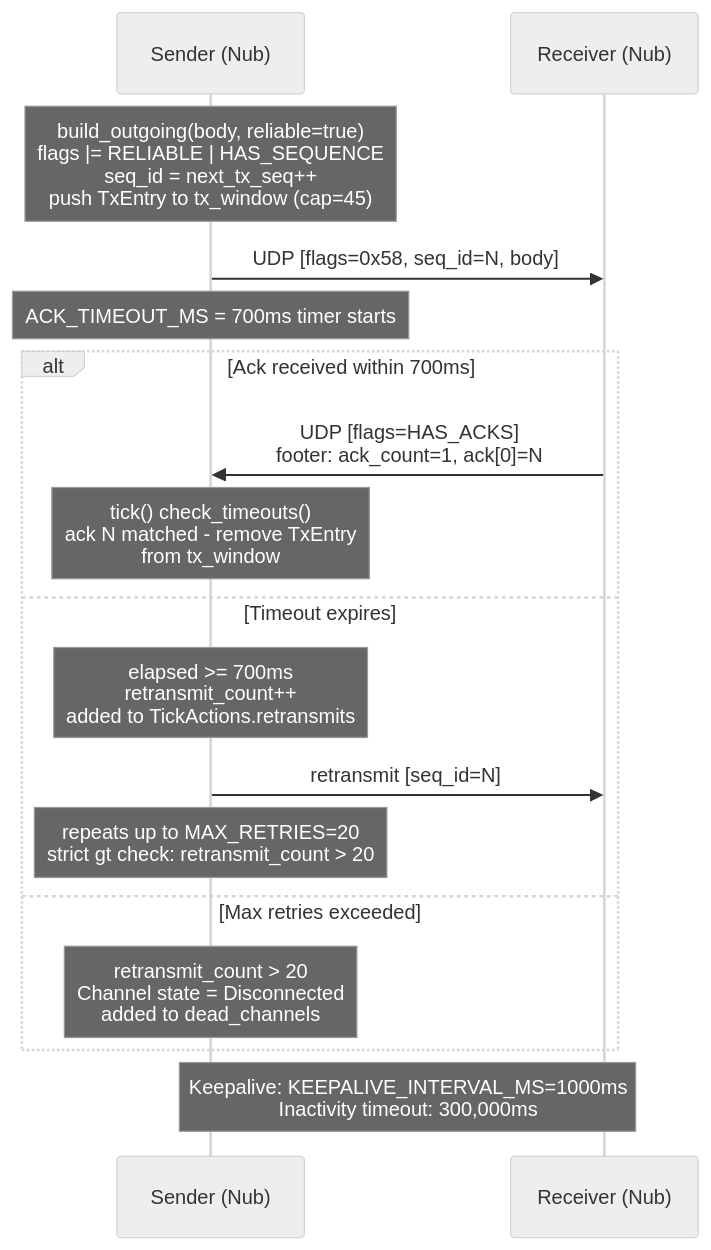
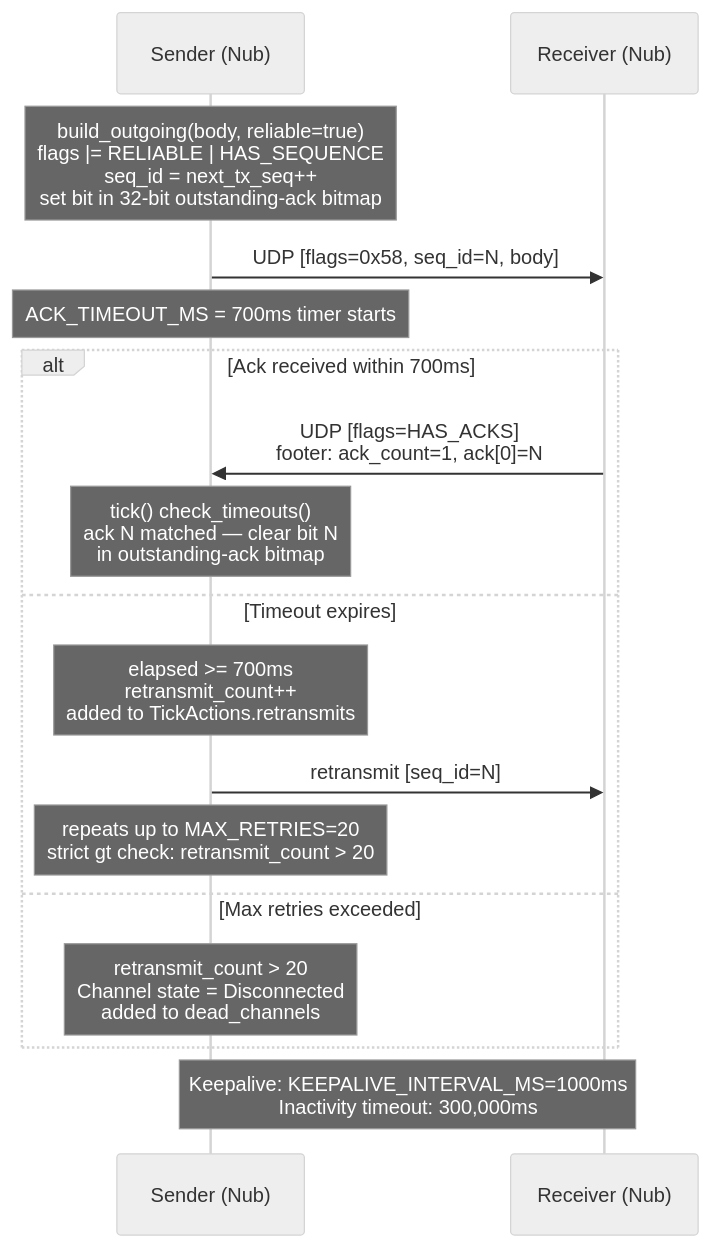
The diagram in docs/drafts/spec/figures/sources/mercury-10-reliable-delivery-fixed.mmd (SandboxServers/Cimmeria), drawn with Mermaid (neutral theme) before and after one commit. The commit also changed 14 other files, not shown here.

```diff
--- a/docs/drafts/spec/figures/sources/mercury-10-reliable-delivery-fixed.mmd
+++ b/docs/drafts/spec/figures/sources/mercury-10-reliable-delivery-fixed.mmd
@@ -1,21 +1,21 @@
 sequenceDiagram
     participant S as Sender (Nub)
     participant R as Receiver (Nub)
 
-    Note over S: build_outgoing(body, reliable=true)<br/>flags |= RELIABLE | HAS_SEQUENCE<br/>seq_id = next_tx_seq++<br/>push TxEntry to tx_window (cap=45)
+    Note over S: build_outgoing(body, reliable=true)<br/>flags |= RELIABLE | HAS_SEQUENCE<br/>seq_id = next_tx_seq++<br/>set bit in 32-bit outstanding-ack bitmap
 
     S->>R: UDP [flags=0x58, seq_id=N, body]
     Note over S: ACK_TIMEOUT_MS = 700ms timer starts
 
     alt Ack received within 700ms
         R->>S: UDP [flags=HAS_ACKS]<br/>footer: ack_count=1, ack[0]=N
-        Note over S: tick() check_timeouts()<br/>ack N matched - remove TxEntry<br/>from tx_window
+        Note over S: tick() check_timeouts()<br/>ack N matched — clear bit N<br/>in outstanding-ack bitmap
     else Timeout expires
         Note over S: elapsed >= 700ms<br/>retransmit_count++<br/>added to TickActions.retransmits
         S->>R: retransmit [seq_id=N]
         Note over S: repeats up to MAX_RETRIES=20<br/>strict gt check: retransmit_count > 20
     else Max retries exceeded
         Note over S: retransmit_count > 20<br/>Channel state = Disconnected<br/>added to dead_channels
     end
 
     Note over S,R: Keepalive: KEEPALIVE_INTERVAL_MS=1000ms<br/>Inactivity timeout: 300,000ms
```
